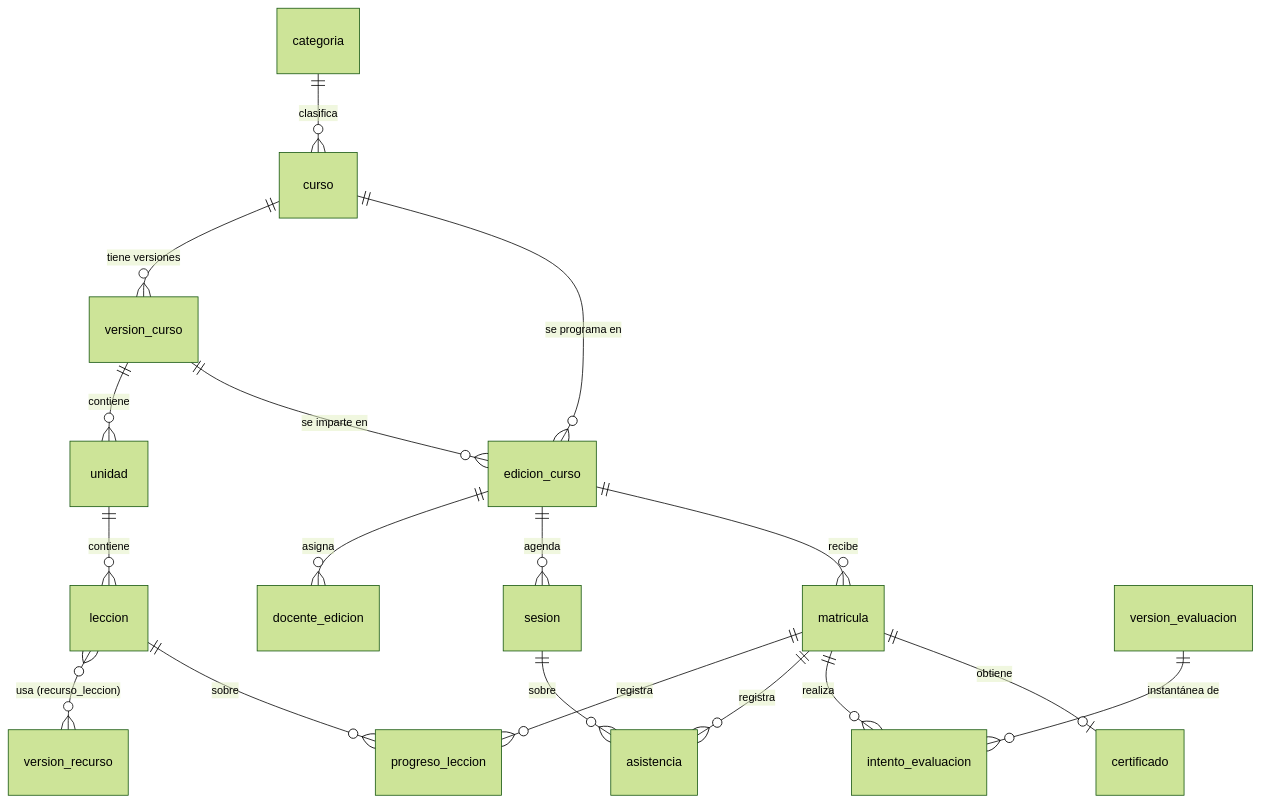
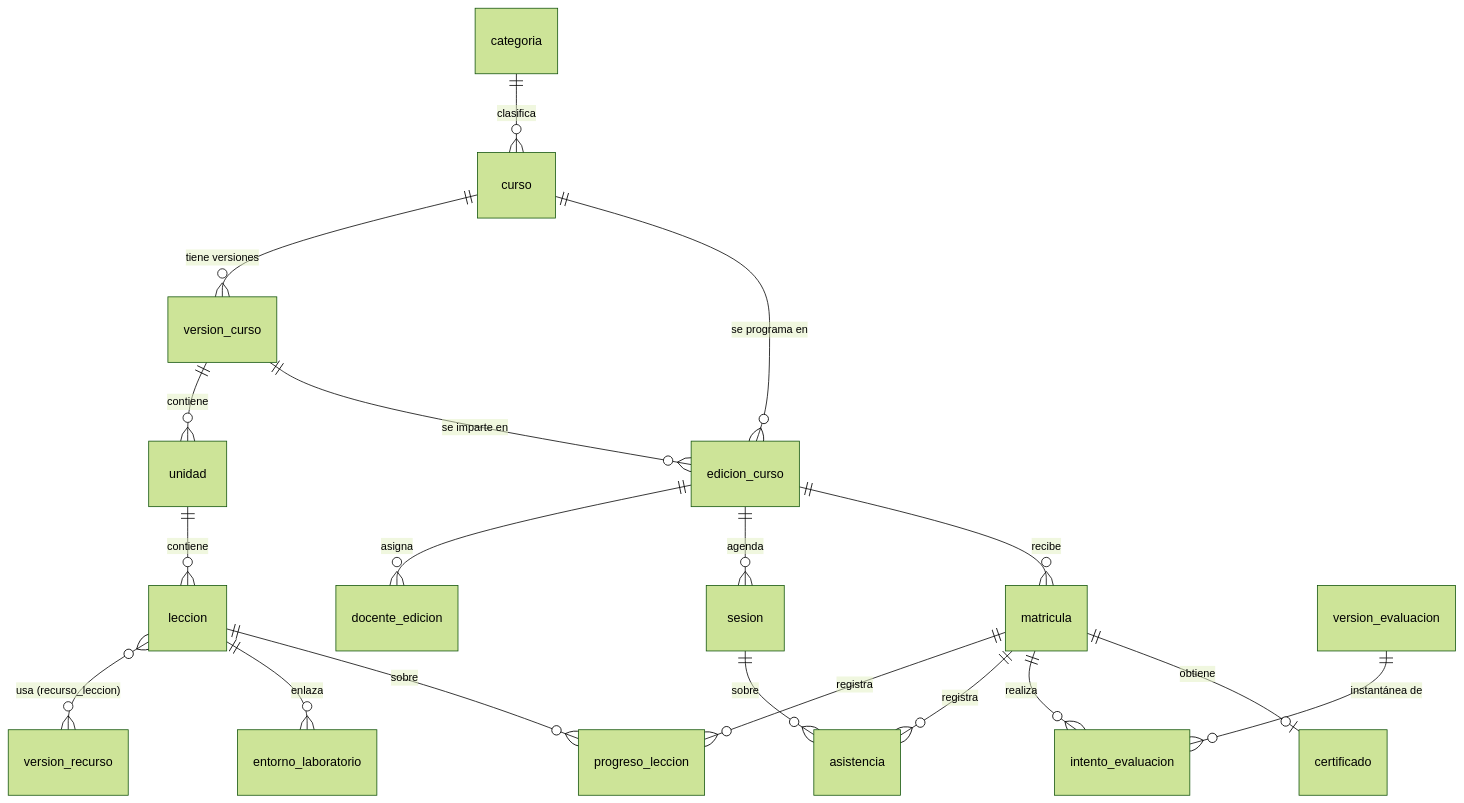
One commit to wasichai/elearning-backend changed the first of 3 diagrams in docs/architecture/domain-model.md. Above: the diagram before and after it, drawn with Mermaid (forest theme). The commit also changed other lines of this file and 18 other files, not shown here.

````diff
--- a/docs/architecture/domain-model.md
+++ b/docs/architecture/domain-model.md
@@ -33,20 +33,21 @@
 ```mermaid
 erDiagram
     categoria ||--o{ curso : clasifica
     curso ||--o{ version_curso : "tiene versiones"
     version_curso ||--o{ unidad : contiene
     unidad ||--o{ leccion : contiene
     leccion }o--o{ version_recurso : "usa (recurso_leccion)"
+    leccion ||--o{ entorno_laboratorio : "enlaza"
     curso ||--o{ edicion_curso : "se programa en"
     version_curso ||--o{ edicion_curso : "se imparte en"
     edicion_curso ||--o{ docente_edicion : "asigna"
     edicion_curso ||--o{ sesion : agenda
     edicion_curso ||--o{ matricula : recibe
     matricula ||--o{ progreso_leccion : registra
     leccion ||--o{ progreso_leccion : "sobre"
     matricula ||--o{ asistencia : registra
     sesion ||--o{ asistencia : "sobre"
     matricula ||--o{ intento_evaluacion : realiza
     version_evaluacion ||--o{ intento_evaluacion : "instantánea de"
     matricula ||--o| certificado : obtiene
 ```
````
